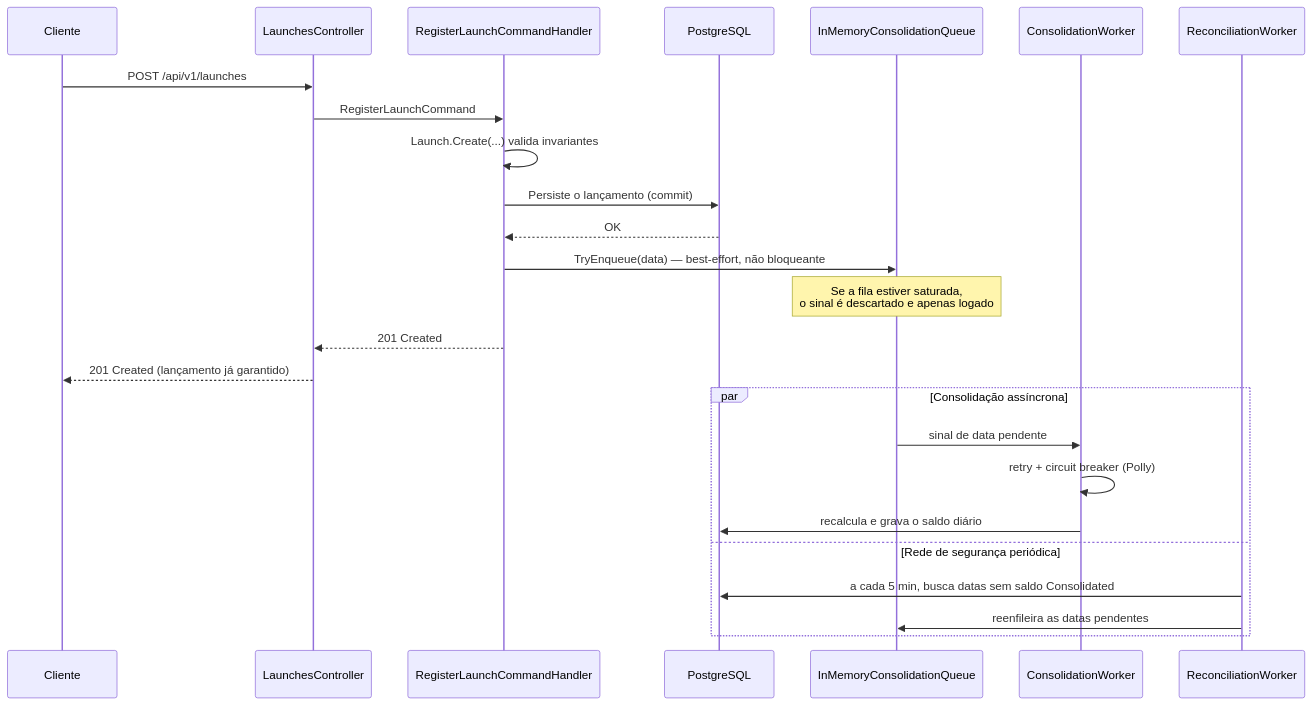
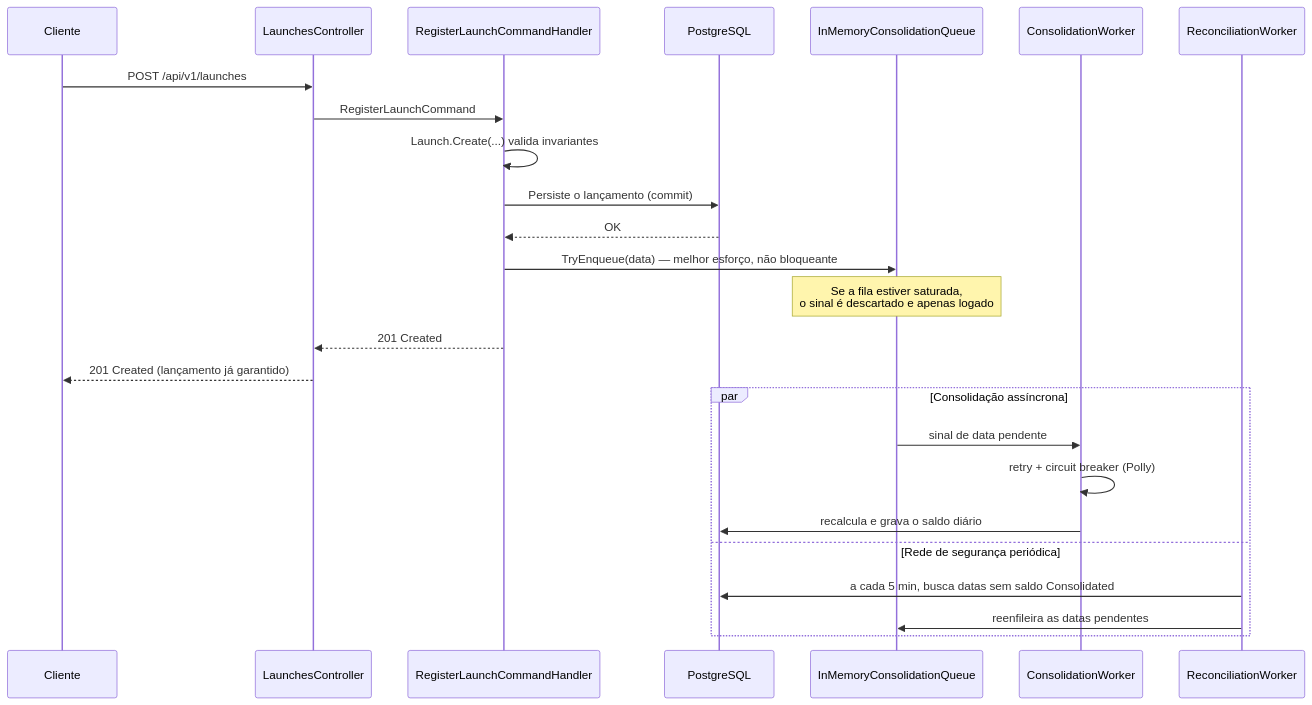
Before and after one commit to tecnologiawebnetsystem/cash-flow-challenge: the second of 3 diagrams in README.md, drawn with Mermaid. The commit also changed other lines of this file and 6 other files, not shown here.

````diff
--- a/README.md
+++ b/README.md
@@ -142,29 +249,29 @@
 ```mermaid
 sequenceDiagram
     participant Cliente
     participant Controller as LaunchesController
     participant Handler as RegisterLaunchCommandHandler
     participant DB as PostgreSQL
     participant Fila as InMemoryConsolidationQueue
     participant Worker as ConsolidationWorker
     participant Reconciliacao as ReconciliationWorker
 
     Cliente->>Controller: POST /api/v1/launches
     Controller->>Handler: RegisterLaunchCommand
     Handler->>Handler: Launch.Create(...) valida invariantes
     Handler->>DB: Persiste o lançamento (commit)
     DB-->>Handler: OK
-    Handler->>Fila: TryEnqueue(data) — best-effort, não bloqueante
+    Handler->>Fila: TryEnqueue(data) — melhor esforço, não bloqueante
     Note over Fila: Se a fila estiver saturada,<br/>o sinal é descartado e apenas logado
     Handler-->>Controller: 201 Created
     Controller-->>Cliente: 201 Created (lançamento já garantido)
 
     par Consolidação assíncrona
         Fila->>Worker: sinal de data pendente
         Worker->>Worker: retry + circuit breaker (Polly)
         Worker->>DB: recalcula e grava o saldo diário
     and Rede de segurança periódica
         Reconciliacao->>DB: a cada 5 min, busca datas sem saldo Consolidated
         Reconciliacao->>Fila: reenfileira as datas pendentes
     end
 ```
````
